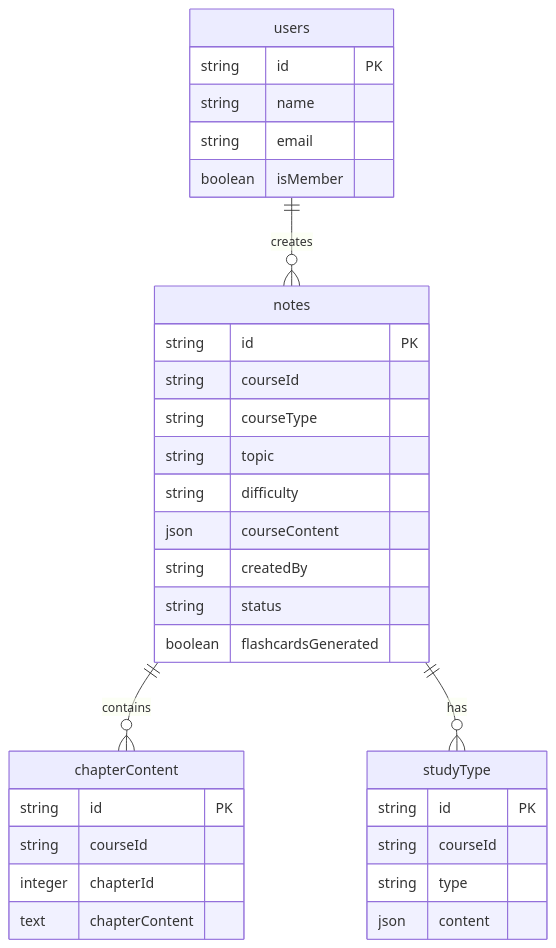
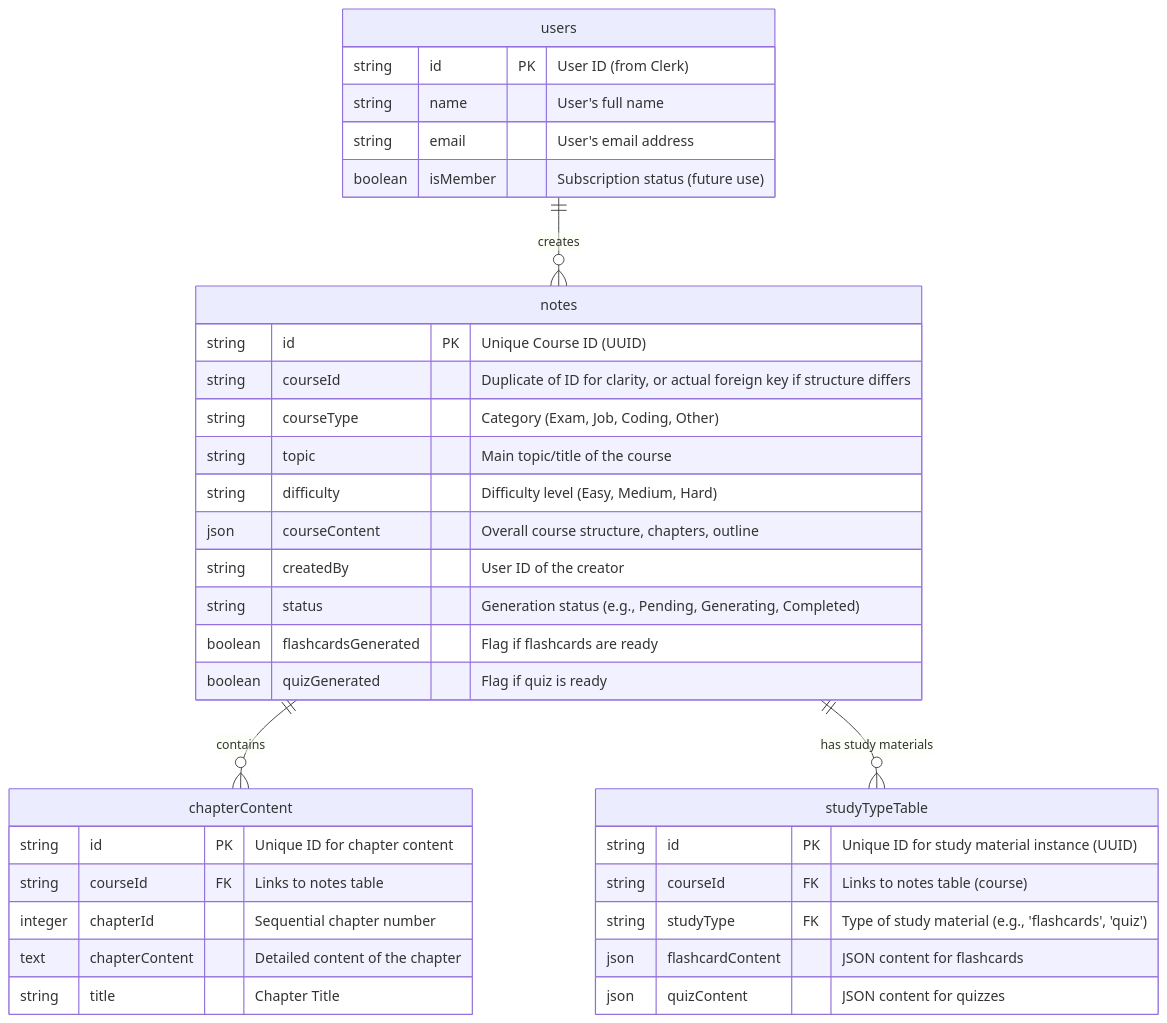
Before and after one commit to ItsRudraksh/studymate-ai: the second of 4 diagrams in README.md, drawn with Mermaid. The commit also changed other lines of this file and 18 other files, not shown here.

First line of the commit message:
feat: Add quiz generation feature and enhance study materials

````diff
--- a/README.md
+++ b/README.md
@@ -71,35 +82,42 @@
 ```mermaid
 erDiagram
     users ||--o{ notes : creates
     notes ||--o{ chapterContent : contains
-    notes ||--o{ studyType : has
+    notes ||--o{ studyTypeTable : "has study materials"
+
     users {
-        string id PK
-        string name
-        string email
-        boolean isMember
+        string id PK "User ID (from Clerk)"
+        string name "User's full name"
+        string email "User's email address"
+        boolean isMember "Subscription status (future use)"
     }
+
     notes {
-        string id PK
-        string courseId
-        string courseType
-        string topic
-        string difficulty
-        json courseContent
-        string createdBy
-        string status
-        boolean flashcardsGenerated
+        string id PK "Unique Course ID (UUID)"
+        string courseId "Duplicate of ID for clarity, or actual foreign key if structure differs"
+        string courseType "Category (Exam, Job, Coding, Other)"
+        string topic "Main topic/title of the course"
+        string difficulty "Difficulty level (Easy, Medium, Hard)"
+        json courseContent "Overall course structure, chapters, outline"
+        string createdBy "User ID of the creator"
+        string status "Generation status (e.g., Pending, Generating, Completed)"
+        boolean flashcardsGenerated "Flag if flashcards are ready"
+        boolean quizGenerated "Flag if quiz is ready"
     }
+
     chapterContent {
-        string id PK
-        string courseId
-        integer chapterId
-        text chapterContent
+        string id PK "Unique ID for chapter content"
+        string courseId FK "Links to notes table"
+        integer chapterId "Sequential chapter number"
+        text chapterContent "Detailed content of the chapter"
+        string title "Chapter Title"
     }
-    studyType {
-        string id PK
-        string courseId
-        string type
-        json content
+
+    studyTypeTable {
+        string id PK "Unique ID for study material instance (UUID)"
+        string courseId FK "Links to notes table (course)"
+        string studyType FK "Type of study material (e.g., 'flashcards', 'quiz')"
+        json flashcardContent "JSON content for flashcards"
+        json quizContent "JSON content for quizzes"
     }
 ```
````
